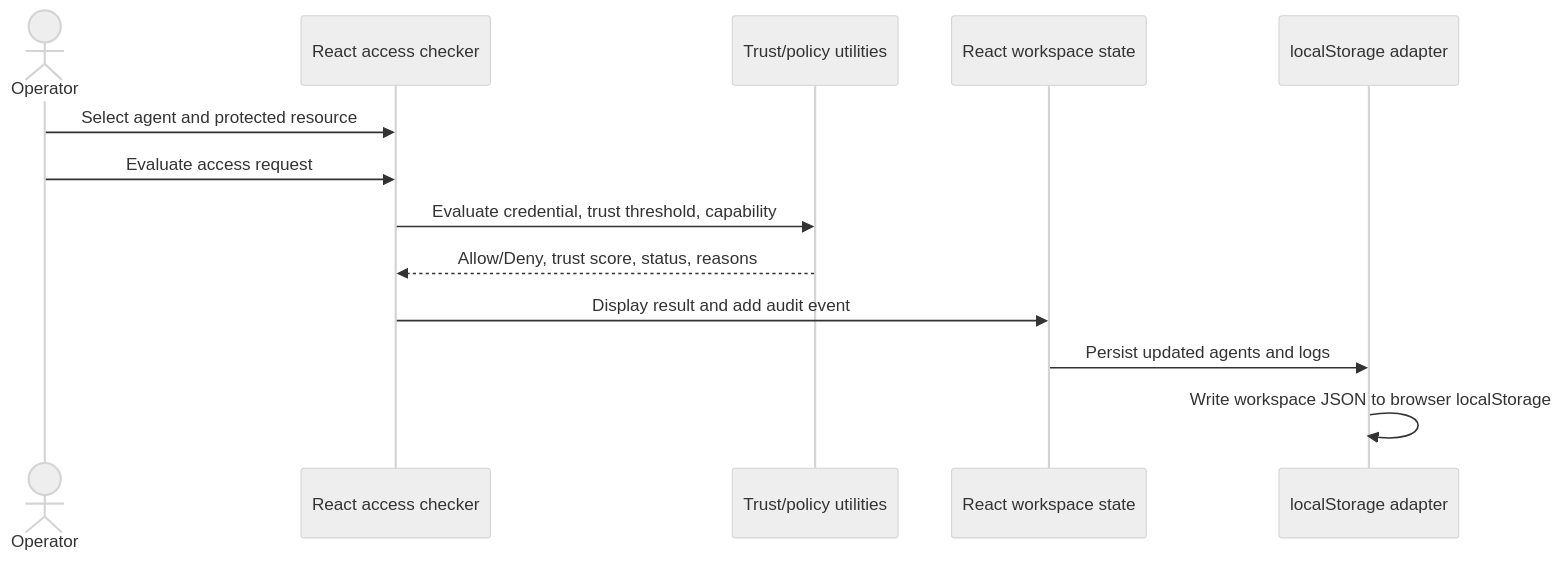
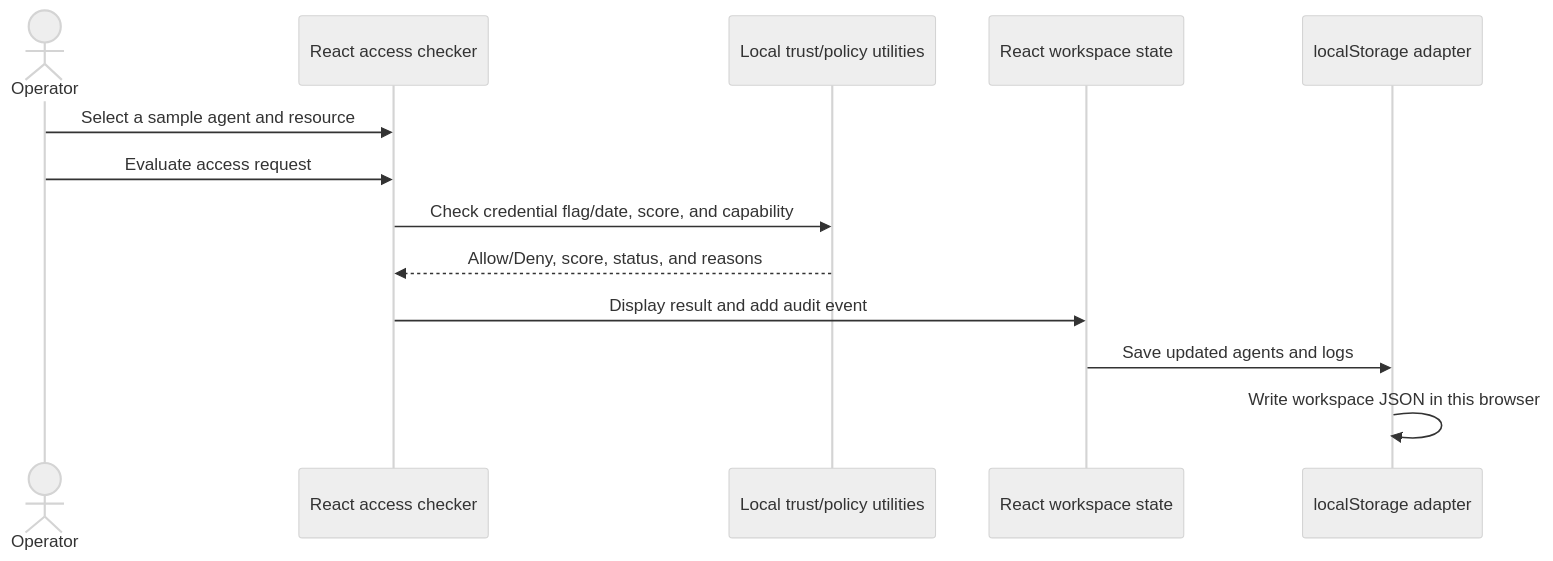
One commit to Pre1102/Btech-Project changed the fourth of 4 diagrams in README.md. Above: the diagram before and after it, drawn with Mermaid (neutral theme). The commit also changed other lines of this file, not shown here.

Commit message:
Document synopsis-aligned architecture

````diff
--- a/README.md
+++ b/README.md
@@ -98,16 +202,16 @@
 ```mermaid
 sequenceDiagram
     actor Operator
     participant UI as React access checker
-    participant Policy as Trust/policy utilities
+    participant Policy as Local trust/policy utilities
     participant State as React workspace state
     participant Store as localStorage adapter
 
-    Operator->>UI: Select agent and protected resource
+    Operator->>UI: Select a sample agent and resource
     Operator->>UI: Evaluate access request
-    UI->>Policy: Evaluate credential, trust threshold, capability
-    Policy-->>UI: Allow/Deny, trust score, status, reasons
+    UI->>Policy: Check credential flag/date, score, and capability
+    Policy-->>UI: Allow/Deny, score, status, and reasons
     UI->>State: Display result and add audit event
-    State->>Store: Persist updated agents and logs
-    Store->>Store: Write workspace JSON to browser localStorage
+    State->>Store: Save updated agents and logs
+    Store->>Store: Write workspace JSON in this browser
 ```
````
